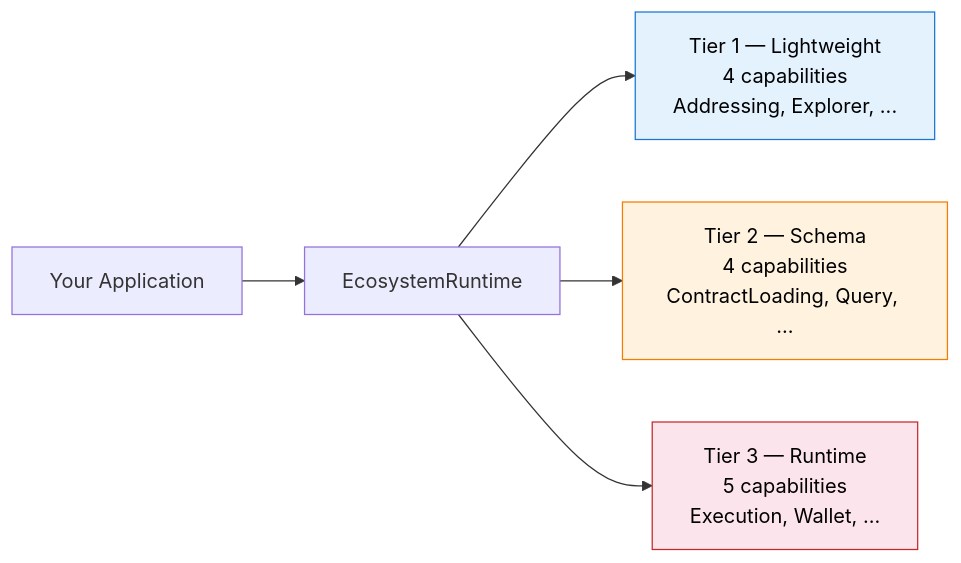
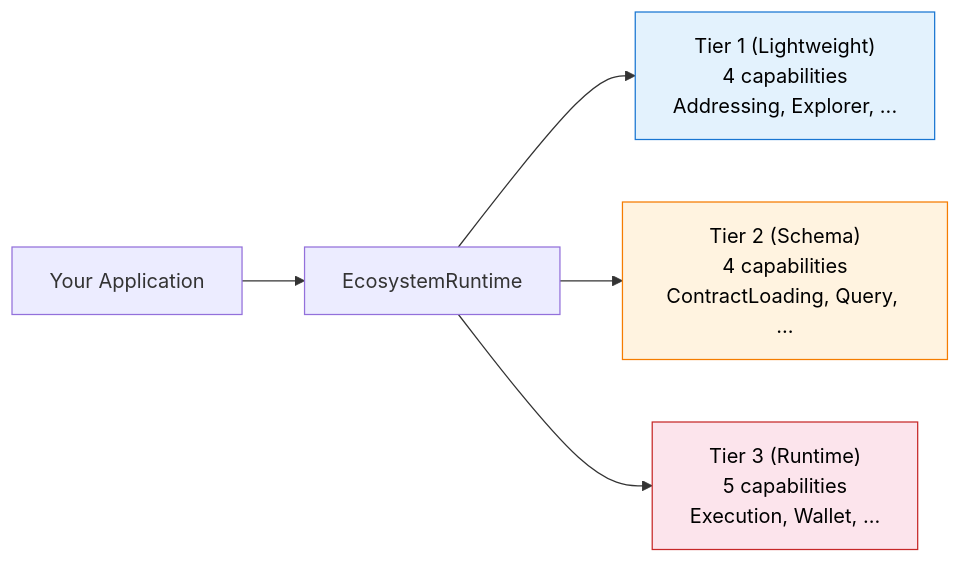
The diagram in content/ecosystem-adapters/index.mdx (OpenZeppelin/docs), drawn with Mermaid before and after one commit. The commit also changed other lines of this file and 13 other files, not shown here.

````diff
--- a/content/ecosystem-adapters/index.mdx
+++ b/content/ecosystem-adapters/index.mdx
@@ -30,11 +30,11 @@
 ```mermaid
 flowchart LR
     App["Your Application"] --> Runtime["EcosystemRuntime"]
-    Runtime --> T1["Tier 1 — Lightweight\n4 capabilities\nAddressing, Explorer, ..."]
-    Runtime --> T2["Tier 2 — Schema\n4 capabilities\nContractLoading, Query, ..."]
-    Runtime --> T3["Tier 3 — Runtime\n5 capabilities\nExecution, Wallet, ..."]
+    Runtime --> T1["Tier 1 (Lightweight)\n4 capabilities\nAddressing, Explorer, ..."]
+    Runtime --> T2["Tier 2 (Schema)\n4 capabilities\nContractLoading, Query, ..."]
+    Runtime --> T3["Tier 3 (Runtime)\n5 capabilities\nExecution, Wallet, ..."]
 
     style T1 fill:#e3f2fd,stroke:#1976d2,color:#000
     style T2 fill:#fff3e0,stroke:#f57c00,color:#000
     style T3 fill:#fce4ec,stroke:#c62828,color:#000
 ```
````
